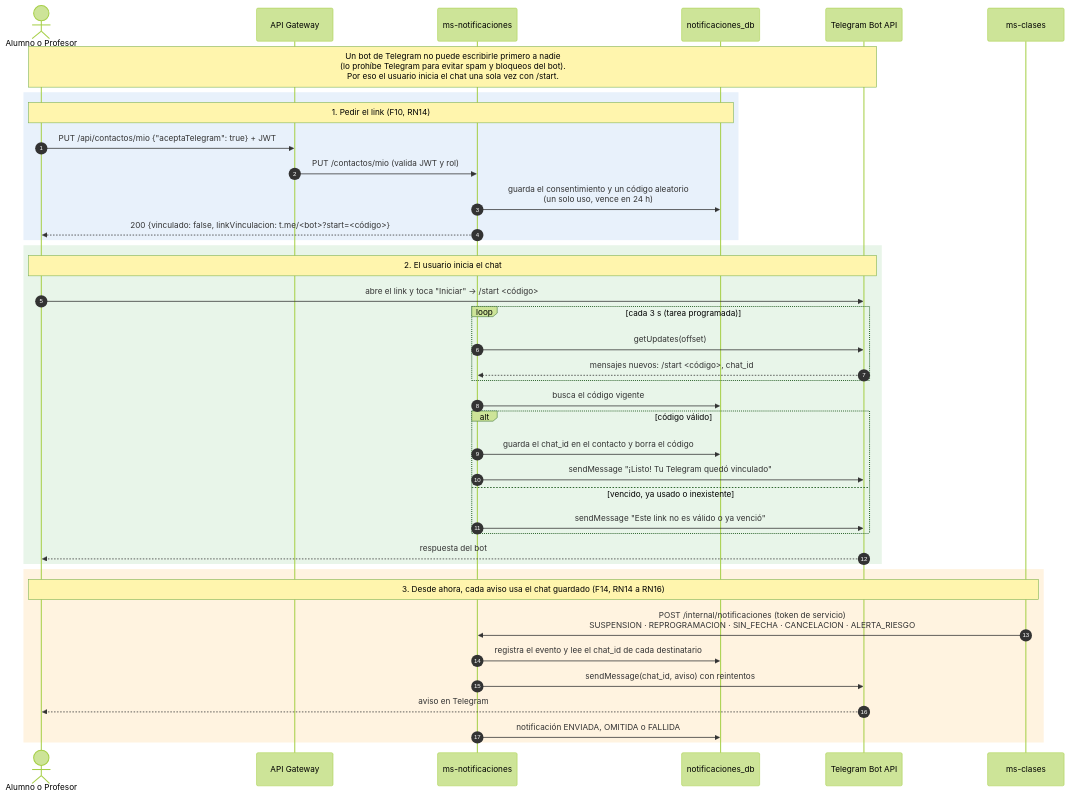
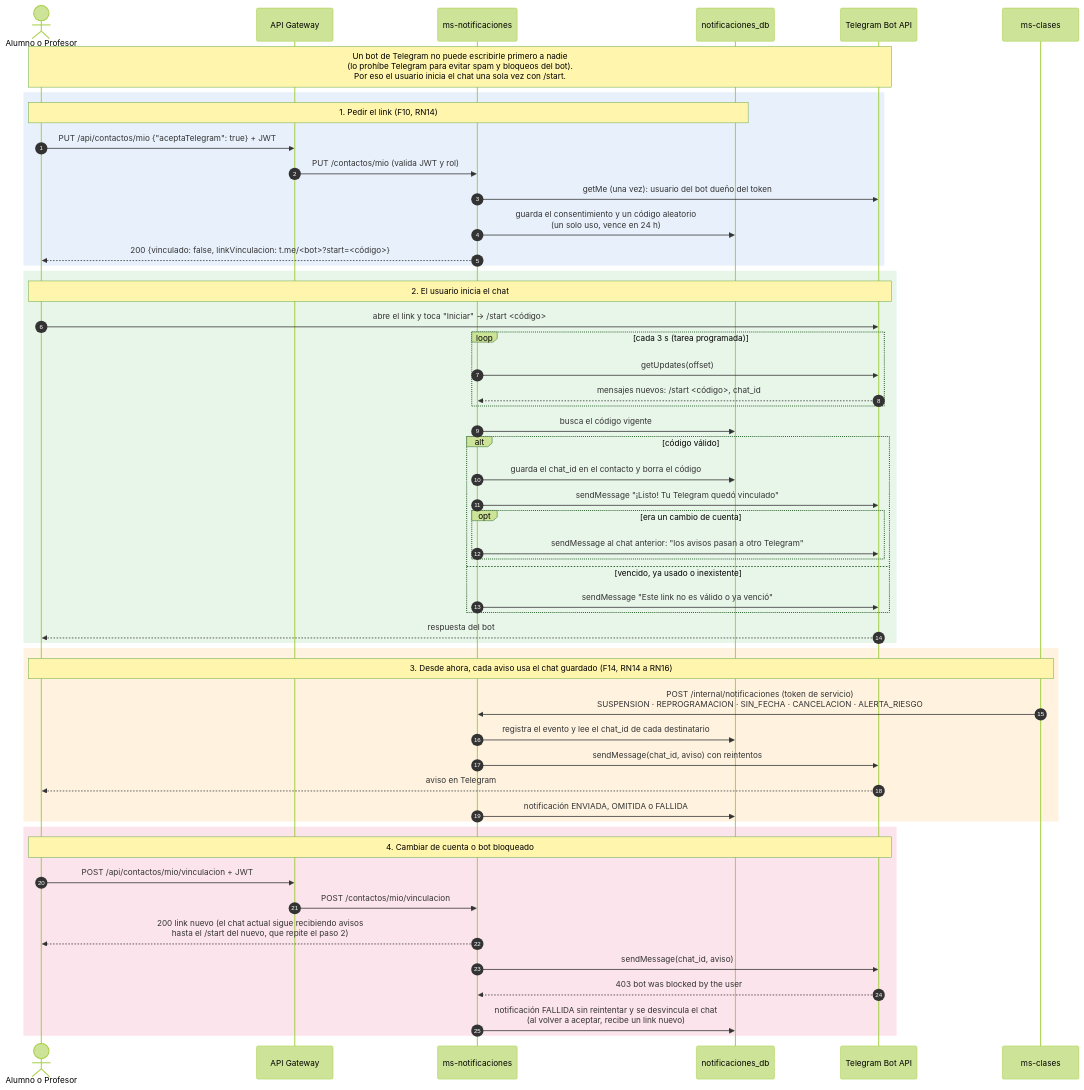
One commit to tomy91449/climafit changed the fifth of 8 diagrams in docs/propuesta.md. Above: the diagram before and after it, drawn with Mermaid (forest theme). The commit also changed other lines of this file and 24 other files, not shown here.

First line of the commit message:
Notificaciones: usuario del bot por getMe, cambio de cuenta y bot bloqueado

````diff
--- a/docs/propuesta.md
+++ b/docs/propuesta.md
@@ -644,47 +645,61 @@
 ```mermaid
 %% Secuencia - Vinculación con Telegram y avisos posteriores - ClimaFit
 sequenceDiagram
   autonumber
   actor U as Alumno o Profesor
   participant GW as API Gateway
   participant N as ms-notificaciones
   participant DB as notificaciones_db
   participant T as Telegram Bot API
   participant C as ms-clases
 
   Note over U,T: Un bot de Telegram no puede escribirle primero a nadie<br/>(lo prohíbe Telegram para evitar spam y bloqueos del bot).<br/>Por eso el usuario inicia el chat una sola vez con /start.
 
   rect rgb(232, 241, 251)
     Note over U,DB: 1. Pedir el link (F10, RN14)
     U->>GW: PUT /api/contactos/mio {"aceptaTelegram": true} + JWT
     GW->>N: PUT /contactos/mio (valida JWT y rol)
+    N->>T: getMe (una vez): usuario del bot dueño del token
     N->>DB: guarda el consentimiento y un código aleatorio<br/>(un solo uso, vence en 24 h)
     N-->>U: 200 {vinculado: false, linkVinculacion: t.me/#lt;bot#gt;?start=#lt;código#gt;}
   end
 
   rect rgb(232, 245, 233)
     Note over U,T: 2. El usuario inicia el chat
     U->>T: abre el link y toca "Iniciar" → /start #lt;código#gt;
     loop cada 3 s (tarea programada)
       N->>T: getUpdates(offset)
       T-->>N: mensajes nuevos: /start #lt;código#gt;, chat_id
     end
     N->>DB: busca el código vigente
     alt código válido
       N->>DB: guarda el chat_id en el contacto y borra el código
       N->>T: sendMessage "¡Listo! Tu Telegram quedó vinculado"
+      opt era un cambio de cuenta
+        N->>T: sendMessage al chat anterior: "los avisos pasan a otro Telegram"
+      end
     else vencido, ya usado o inexistente
       N->>T: sendMessage "Este link no es válido o ya venció"
     end
     T-->>U: respuesta del bot
   end
 
   rect rgb(255, 243, 224)
     Note over U,C: 3. Desde ahora, cada aviso usa el chat guardado (F14, RN14 a RN16)
     C->>N: POST /internal/notificaciones (token de servicio)<br/>SUSPENSION · REPROGRAMACION · SIN_FECHA · CANCELACION · ALERTA_RIESGO
     N->>DB: registra el evento y lee el chat_id de cada destinatario
     N->>T: sendMessage(chat_id, aviso) con reintentos
     T-->>U: aviso en Telegram
     N->>DB: notificación ENVIADA, OMITIDA o FALLIDA
   end
+
+  rect rgb(252, 228, 236)
+    Note over U,T: 4. Cambiar de cuenta o bot bloqueado
+    U->>GW: POST /api/contactos/mio/vinculacion + JWT
+    GW->>N: POST /contactos/mio/vinculacion
+    N-->>U: 200 link nuevo (el chat actual sigue recibiendo avisos<br/>hasta el /start del nuevo, que repite el paso 2)
+    N->>T: sendMessage(chat_id, aviso)
+    T-->>N: 403 bot was blocked by the user
+    N->>DB: notificación FALLIDA sin reintentar y se desvincula el chat<br/>(al volver a aceptar, recibe un link nuevo)
+  end
 ```
````
